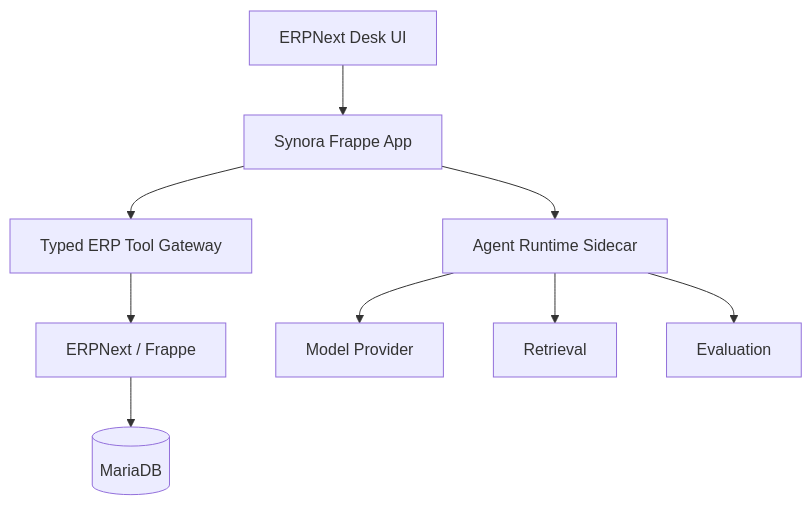
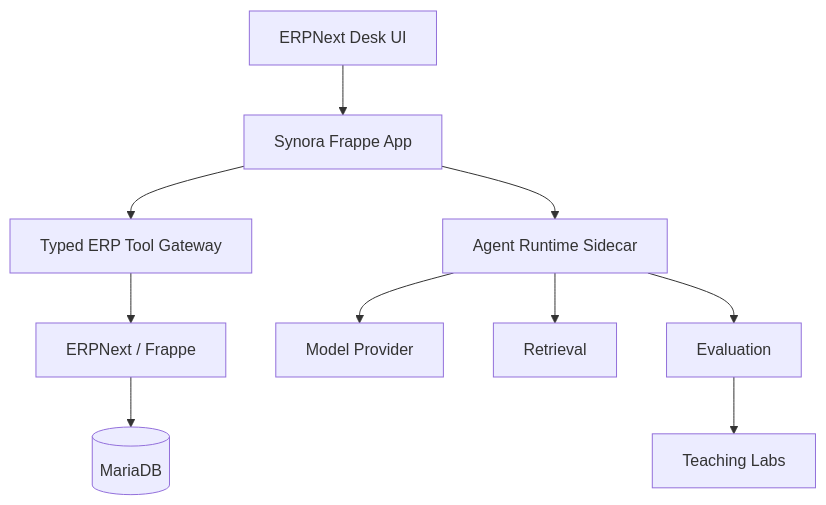
Before and after one commit to atlax-tech/Synora-Agentic-ERP: the first of 2 diagrams in docs/SPEC.md, drawn with Mermaid. The commit also changed other lines of this file and 21 other files, not shown here.

````diff
--- a/docs/SPEC.md
+++ b/docs/SPEC.md
@@ -57,11 +60,12 @@
 ```mermaid
 flowchart TD
     UI[ERPNext Desk UI] --> App[Synora Frappe App]
     App --> Gateway[Typed ERP Tool Gateway]
     Gateway --> ERP[ERPNext / Frappe]
     App --> Runtime[Agent Runtime Sidecar]
     Runtime --> Model[Model Provider]
     Runtime --> Retrieval[Retrieval]
     Runtime --> Eval[Evaluation]
+    Eval --> Labs[Teaching Labs]
     ERP --> DB[(MariaDB)]
 ```
````
